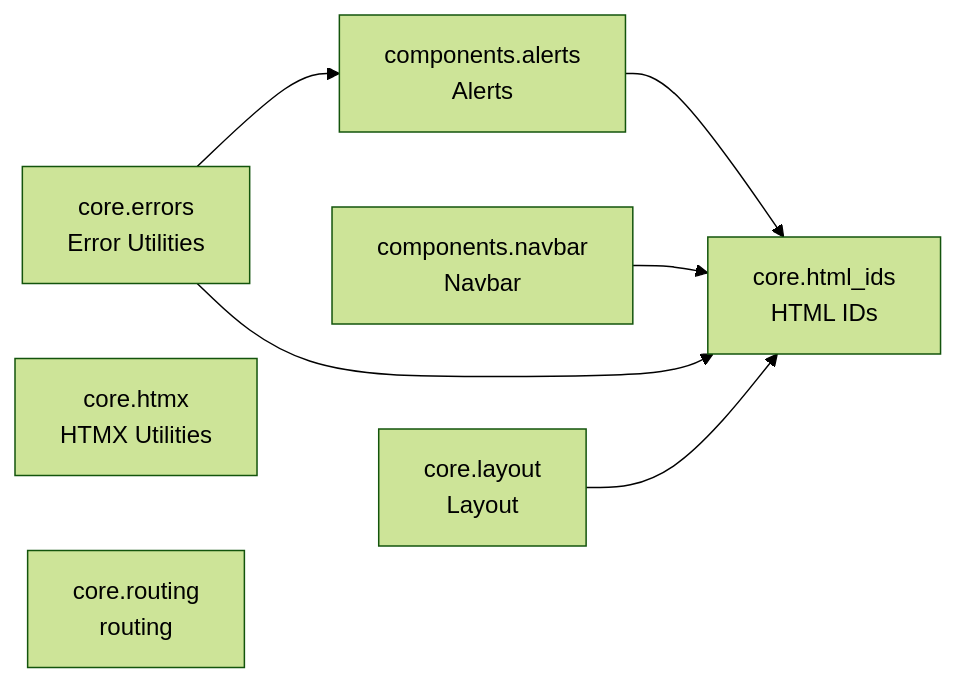
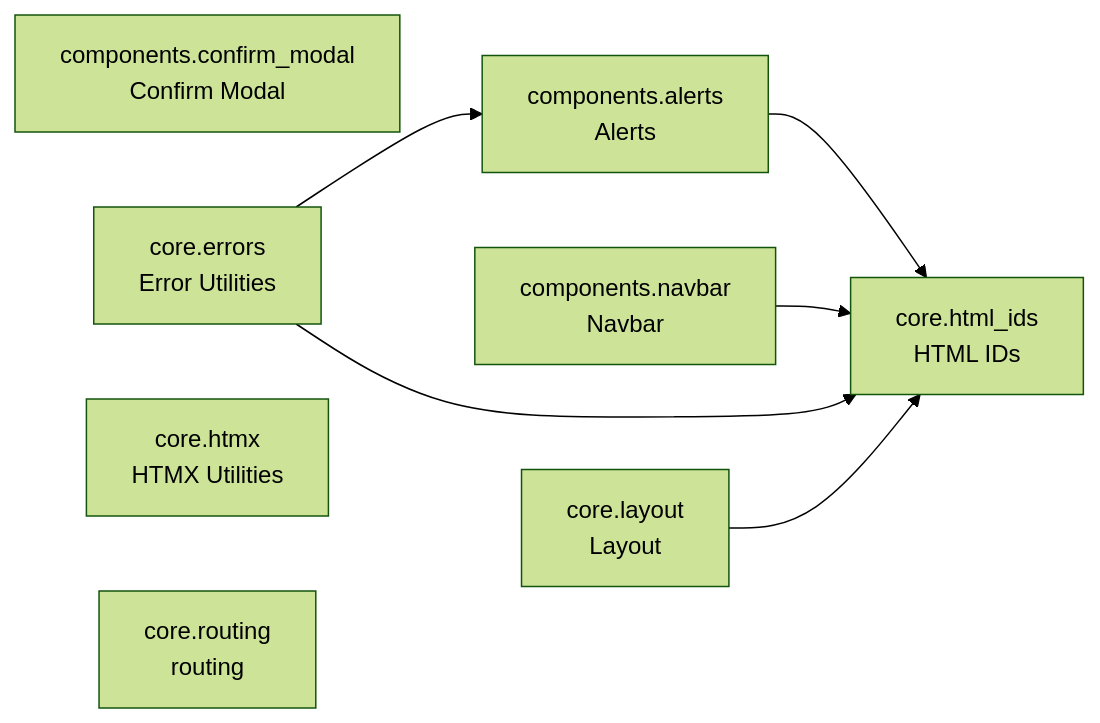
The diagram in README.md (cj-mills/cjm-fasthtml-app-core), drawn with Mermaid (forest theme) before and after one commit. The commit also changed other lines of this file and 6 other files, not shown here.

Commit message:
Codify V12 destructive-confirm modal recipe via render_confirm_modal.

````diff
--- a/README.md
+++ b/README.md
@@ -29,16 +30,17 @@
 ``` mermaid
 graph LR
     components_alerts[components.alerts<br/>Alerts]
+    components_confirm_modal[components.confirm_modal<br/>Confirm Modal]
     components_navbar[components.navbar<br/>Navbar]
     core_errors[core.errors<br/>Error Utilities]
     core_html_ids[core.html_ids<br/>HTML IDs]
     core_htmx[core.htmx<br/>HTMX Utilities]
     core_layout[core.layout<br/>Layout]
     core_routing[core.routing<br/>routing]
 
     components_alerts --> core_html_ids
     components_navbar --> core_html_ids
     core_errors --> components_alerts
     core_errors --> core_html_ids
     core_layout --> core_html_ids
 ```
````
